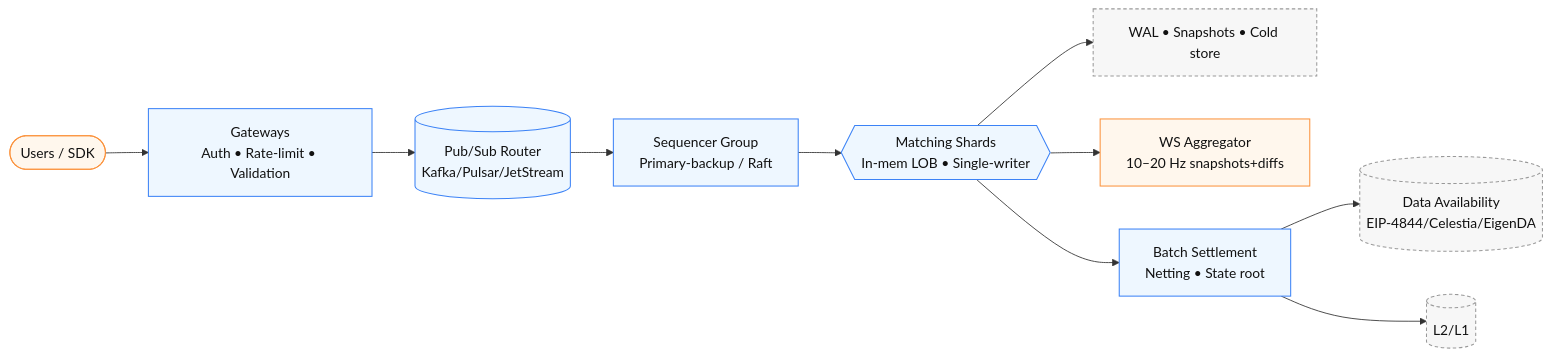
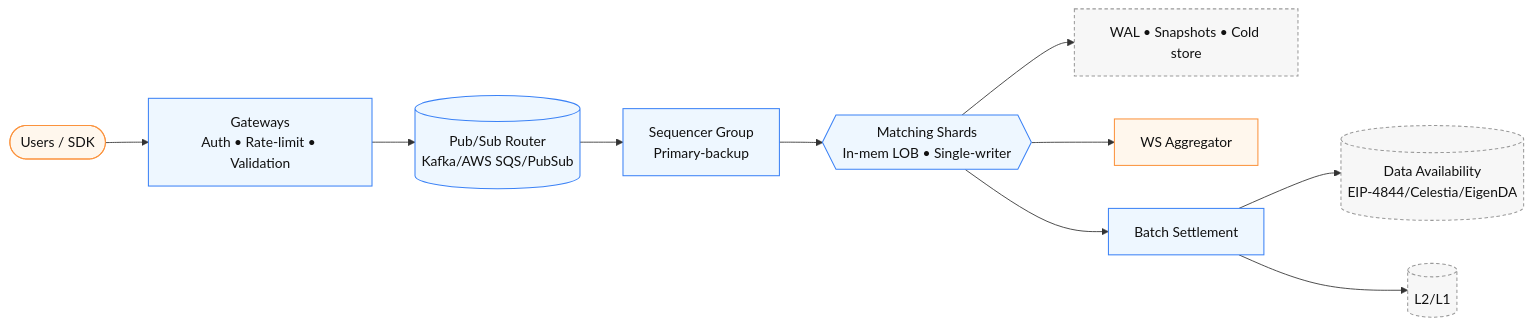
Before and after one commit to carmen0208/arb-analysis-dashboard-demo: the first of 2 diagrams in docs/Decentralized-matching-system.md, drawn with Mermaid. The commit also changed other lines of this file and 10 other files, not shown here.

````diff
--- a/docs/Decentralized-matching-system.md
+++ b/docs/Decentralized-matching-system.md
@@ -30,28 +19,28 @@
 ```mermaid
 %%{init: {'flowchart': {'curve':'basis', 'htmlLabels': true}, 'theme': 'default'}}%%
 flowchart LR
   U([Users / SDK]):::edge --> GW[Gateways<br/>Auth • Rate-limit • Validation]:::core
-  GW --> PUB[(Pub/Sub Router<br/>Kafka/Pulsar/JetStream)]:::core
-  PUB --> SEQ[Sequencer Group<br/>Primary-backup / Raft]:::core
+  GW --> PUB[(Pub/Sub Router<br/>Kafka/AWS SQS/PubSub)]:::core
+  PUB --> SEQ[Sequencer Group<br/>Primary-backup]:::core
   SEQ --> SHARDS{{Matching Shards<br/> In-mem LOB • Single-writer}}:::core
   SHARDS --> PERSIST[WAL • Snapshots • Cold store]:::infra
-  SHARDS --> WS[WS Aggregator<br/>10–20 Hz snapshots+diffs]:::edge
-  SHARDS --> SETTLE[Batch Settlement<br/>Netting • State root]:::core
+  SHARDS --> WS[WS Aggregator<br/>]:::edge
+  SHARDS --> SETTLE[Batch Settlement]:::core
   SETTLE --> DA[(Data Availability<br/>EIP-4844/Celestia/EigenDA)]:::infra
   SETTLE --> CHAIN[(L2/L1)]:::infra
 
   classDef core fill:#eef7ff,stroke:#3b82f6,color:#111,stroke-width:1.2px;
   classDef infra fill:#f7f7f7,stroke:#999,color:#111,stroke-width:1.2px,stroke-dasharray:4 3;
   classDef edge fill:#fff7ed,stroke:#fb923c,color:#111,stroke-width:1.2px;
 
   %% clickable deep-dives (link to anchors below)
   click GW "#gateway" "Gateway details"
   click PUB "#routing" "Routing (Pub/Sub) details"
   click SEQ "#sequencer" "Sequencer (internally trusted) details"
   click SHARDS "#sharding-system" "Sharding & LOB details"
   click PERSIST "#persistence" "Persistence & rollback across components"
   click WS "#client-updates" "Client update strategy"
   click SETTLE "#settlement" "Batch settlement"
   click DA "#settlement" "Batch settlement & DA"
   click CHAIN "#settlement" "Settlement on L2/L1"
 ```
````
